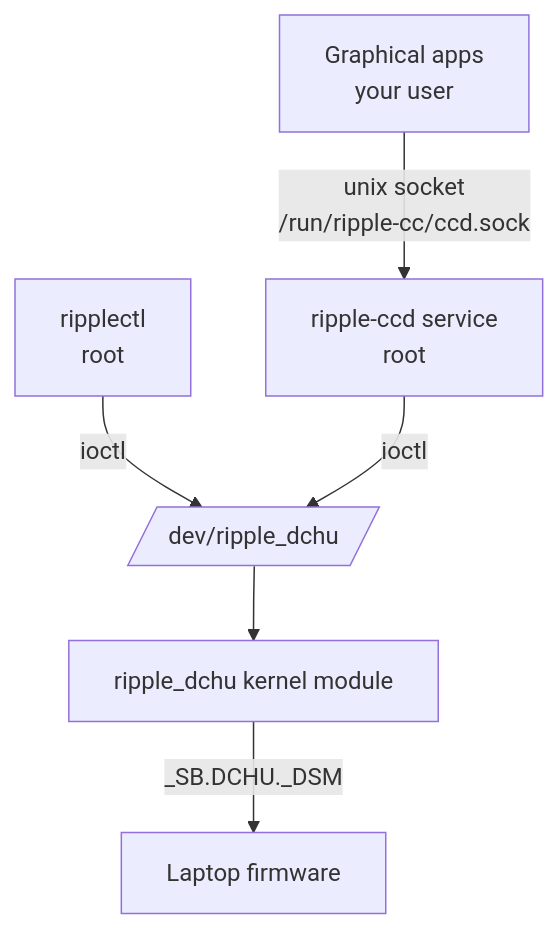
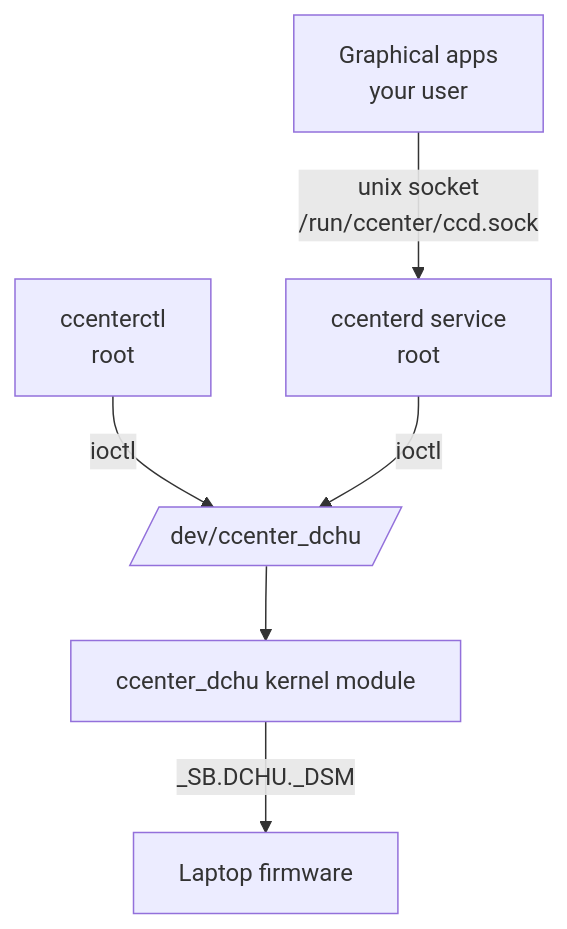
Before and after one commit to sawongam/clevo-control-center-linux: the diagram in README.md, drawn with Mermaid. The commit also changed other lines of this file and 160 other files, not shown here.

Commit message:
refactor: rename project from ripple-cc to ccenter

````diff
--- a/README.md
+++ b/README.md
@@ -184,8 +184,8 @@
 ```mermaid
 flowchart TD
-    A[Graphical apps<br/>your user] -->|unix socket<br/>/run/ripple-cc/ccd.sock| B[ripple-ccd service<br/>root]
-    C[ripplectl<br/>root] -->|ioctl| D
-    B -->|ioctl| D[/dev/ripple_dchu/]
-    D --> E[ripple_dchu kernel module]
+    A[Graphical apps<br/>your user] -->|unix socket<br/>/run/ccenter/ccd.sock| B[ccenterd service<br/>root]
+    C[ccenterctl<br/>root] -->|ioctl| D
+    B -->|ioctl| D[/dev/ccenter_dchu/]
+    D --> E[ccenter_dchu kernel module]
     E -->|_SB.DCHU._DSM| F[Laptop firmware]
 ```
````
